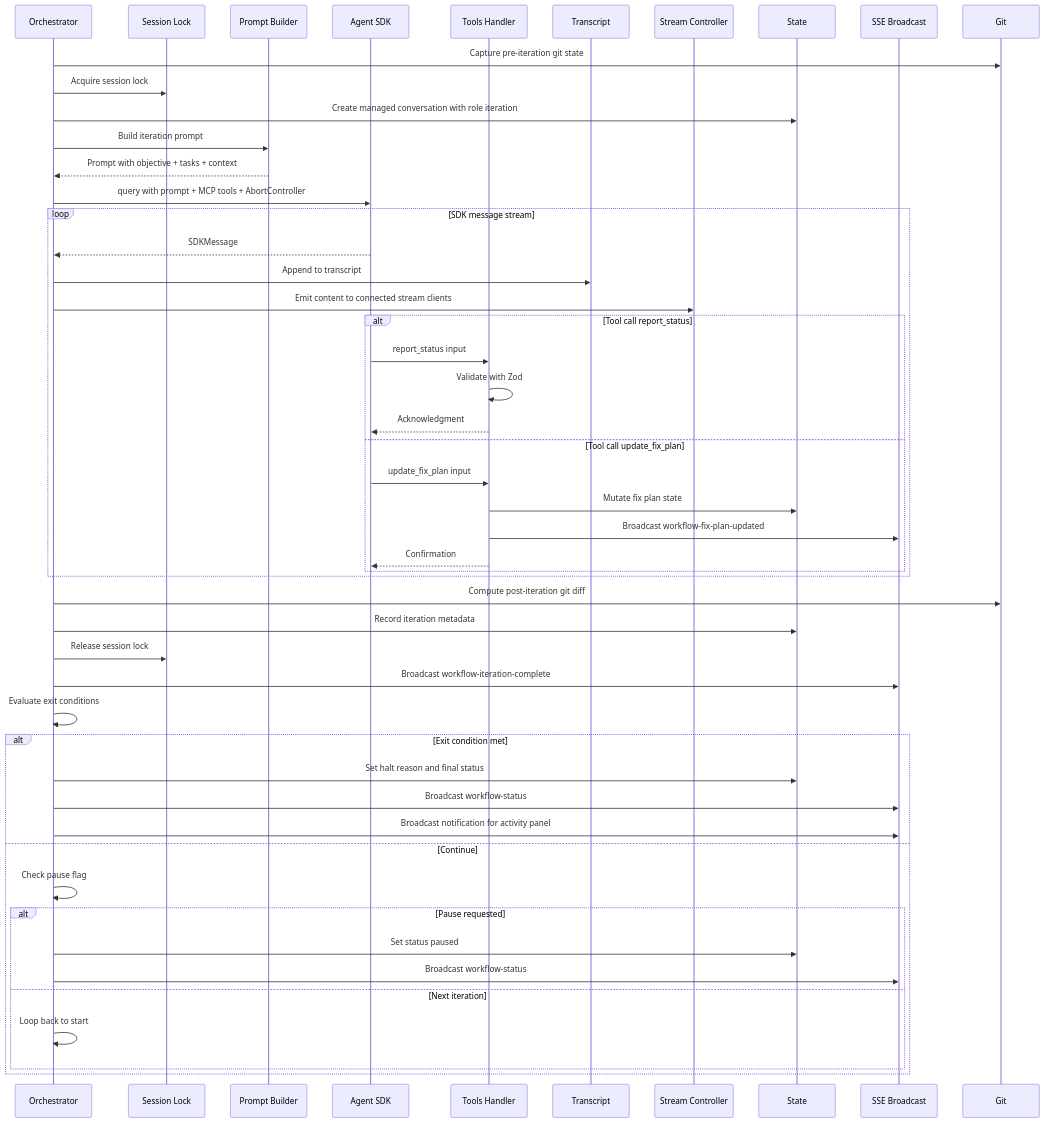
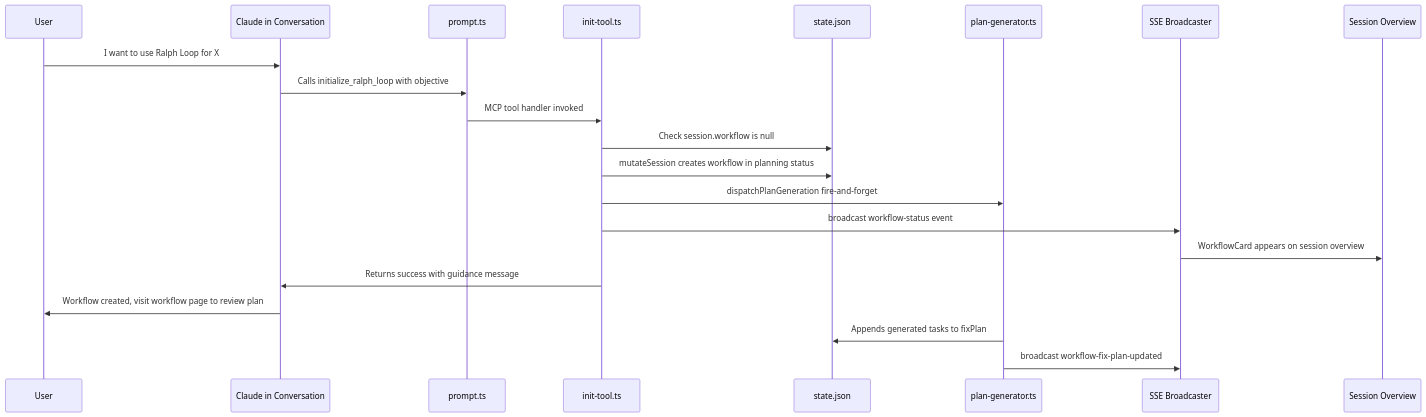
One commit to amhuppert/remote-ai-manager changed the second of 2 diagrams in .kiro/specs/ralph-workflow/design.md. Above: the diagram before and after it, drawn with Mermaid. The commit also changed other lines of this file and 17 other files, not shown here.

First line of the commit message:
Redesign Ralph Loop initialization: conversation-driven MCP tool, dedicated page, workflow card

````diff
--- a/.kiro/specs/ralph-workflow/design.md
+++ b/.kiro/specs/ralph-workflow/design.md
@@ -138,56 +97,24 @@
 ```mermaid
 sequenceDiagram
-    participant O as Orchestrator
-    participant L as Session Lock
-    participant PB as Prompt Builder
-    participant SDK as Agent SDK
-    participant T as Tools Handler
-    participant TR as Transcript
-    participant SC as Stream Controller
-    participant S as State
-    participant SSE as SSE Broadcast
-    participant G as Git
+    participant User
+    participant Claude as Claude in Conversation
+    participant Prompt as prompt.ts
+    participant InitTool as init-tool.ts
+    participant State as state.json
+    participant PlanGen as plan-generator.ts
+    participant SSE as SSE Broadcaster
+    participant UI as Session Overview
 
-    O->>G: Capture pre-iteration git state
-    O->>L: Acquire session lock
-    O->>S: Create managed conversation with role iteration
-    O->>PB: Build iteration prompt
-    PB-->>O: Prompt with objective + tasks + context
-    O->>SDK: query with prompt + MCP tools + AbortController
-
-    loop SDK message stream
-        SDK-->>O: SDKMessage
-        O->>TR: Append to transcript
-        O->>SC: Emit content to connected stream clients
-        alt Tool call report_status
-            SDK->>T: report_status input
-            T->>T: Validate with Zod
-            T-->>SDK: Acknowledgment
-        else Tool call update_fix_plan
-            SDK->>T: update_fix_plan input
-            T->>S: Mutate fix plan state
-            T->>SSE: Broadcast workflow-fix-plan-updated
-            T-->>SDK: Confirmation
-        end
-    end
-
-    O->>G: Compute post-iteration git diff
-    O->>S: Record iteration metadata
-    O->>L: Release session lock
-    O->>SSE: Broadcast workflow-iteration-complete
-    O->>O: Evaluate exit conditions
-
-    alt Exit condition met
-        O->>S: Set halt reason and final status
-        O->>SSE: Broadcast workflow-status
-        O->>SSE: Broadcast notification for activity panel
-    else Continue
-        O->>O: Check pause flag
-        alt Pause requested
-            O->>S: Set status paused
-            O->>SSE: Broadcast workflow-status
-        else Next iteration
-            O->>O: Loop back to start
-        end
-    end
+    User->>Claude: I want to use Ralph Loop for X
+    Claude->>Prompt: Calls initialize_ralph_loop with objective
+    Prompt->>InitTool: MCP tool handler invoked
+    InitTool->>State: Check session.workflow is null
+    InitTool->>State: mutateSession creates workflow in planning status
+    InitTool->>PlanGen: dispatchPlanGeneration fire-and-forget
+    InitTool->>SSE: broadcast workflow-status event
+    SSE->>UI: WorkflowCard appears on session overview
+    InitTool->>Claude: Returns success with guidance message
+    Claude->>User: Workflow created, visit workflow page to review plan
+    PlanGen->>State: Appends generated tasks to fixPlan
+    PlanGen->>SSE: broadcast workflow-fix-plan-updated
 ```
````
